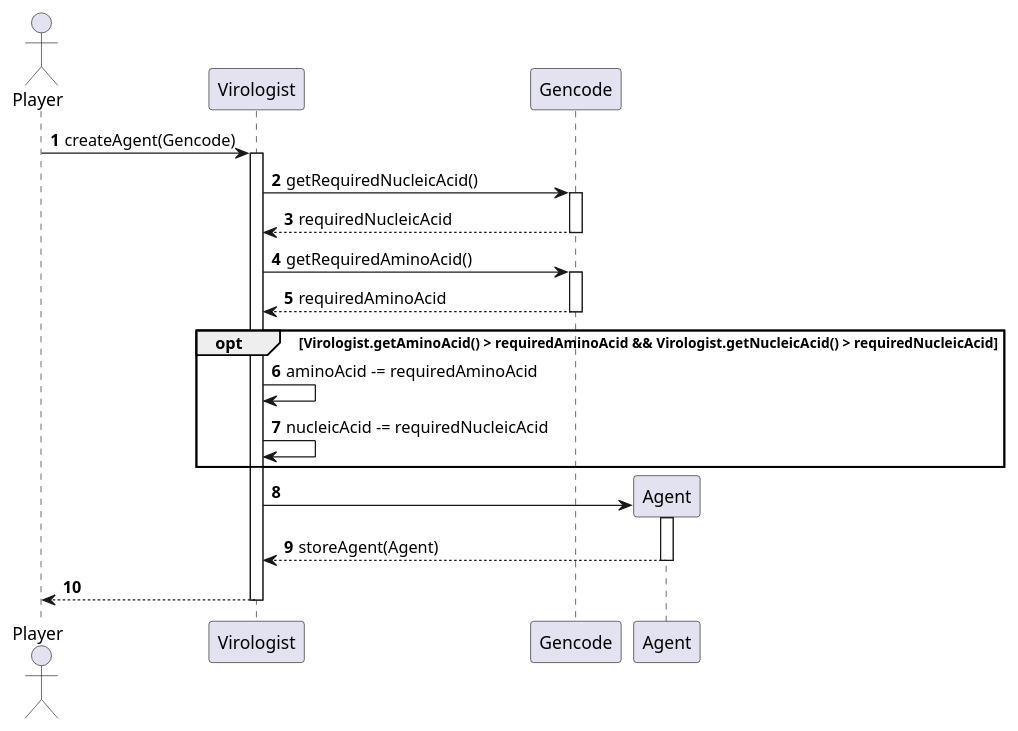
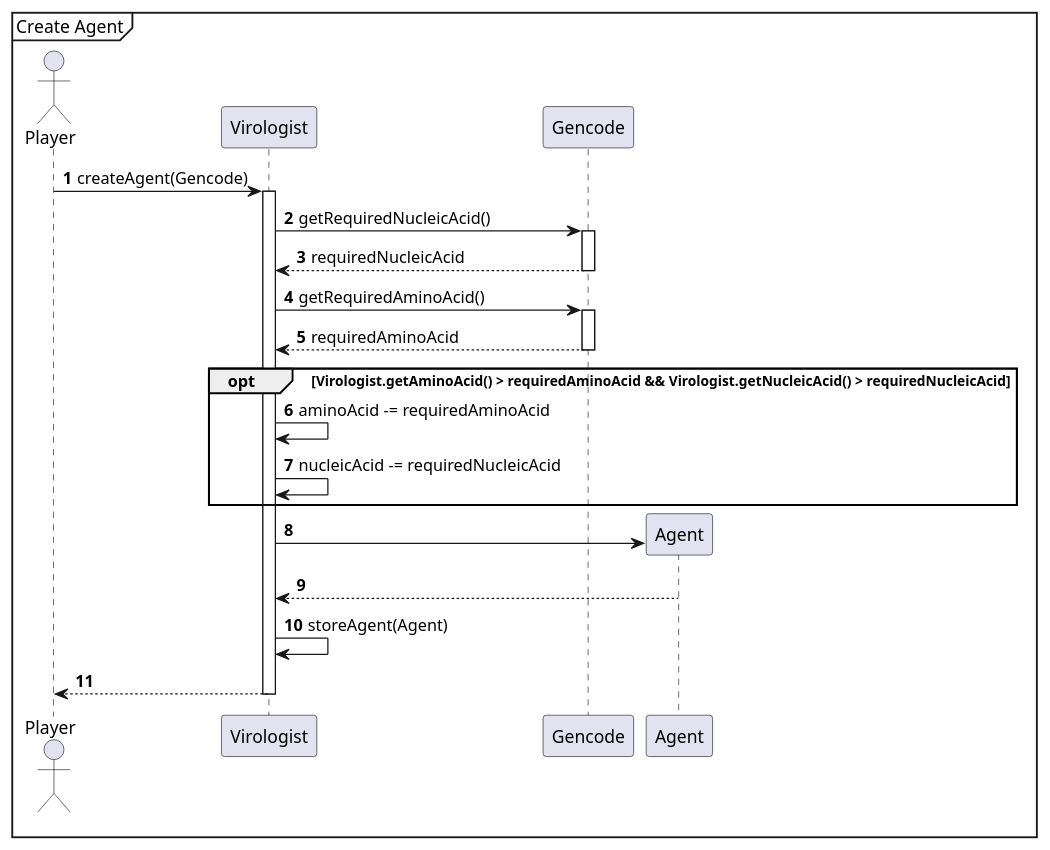
The diagram in sequence-diagram/agent/createAgent.puml (Projlab-csb/projlab-virologus), drawn with PlantUML before and after one commit. The commit also changed 6 other files, not shown here.

```diff
--- a/sequence-diagram/agent/createAgent.puml
+++ b/sequence-diagram/agent/createAgent.puml
@@ -1,34 +1,36 @@
 @startuml
 'https://plantuml.com/sequence-diagram
 
 autonumber
+
+mainframe Create Agent
 
 actor Player
 
 Player -> Virologist: createAgent(Gencode)
 Activate Virologist
 
 Virologist -> Gencode: getRequiredNucleicAcid()
 Activate Gencode
 Gencode --> Virologist: requiredNucleicAcid
 Deactivate Gencode
 
 Virologist -> Gencode: getRequiredAminoAcid()
 Activate Gencode
 Gencode --> Virologist: requiredAminoAcid
 Deactivate Gencode
 
 opt Virologist.getAminoAcid() > requiredAminoAcid && Virologist.getNucleicAcid() > requiredNucleicAcid
     Virologist -> Virologist: aminoAcid -= requiredAminoAcid
     Virologist -> Virologist: nucleicAcid -= requiredNucleicAcid
 end
 
 Virologist -> Agent **
-Activate Agent
-Agent --> Virologist: storeAgent(Agent)
-Deactivate Agent
+Agent --> Virologist
+
+Virologist -> Virologist: storeAgent(Agent)
 
 Virologist --> Player
 Deactivate Virologist
 
 @enduml
```
